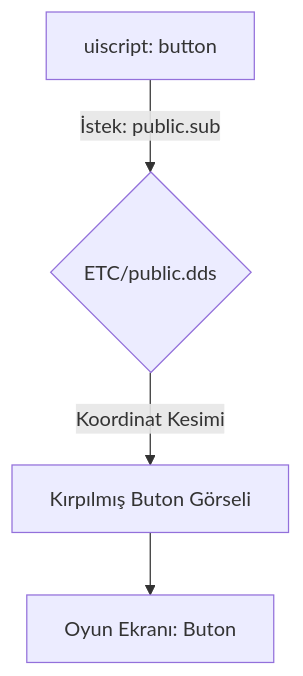
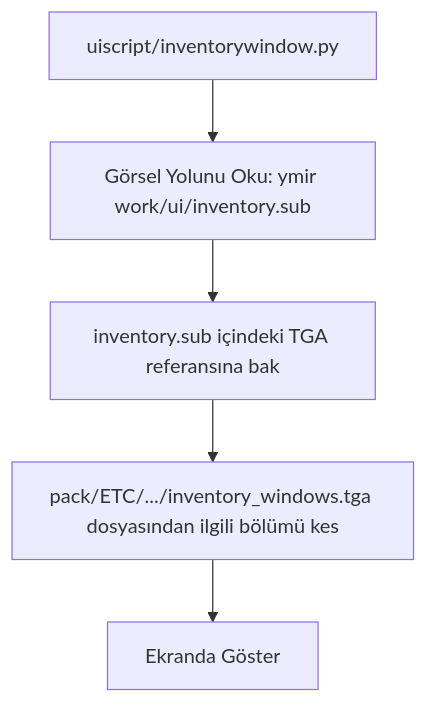
The diagram in assets/ETC/skills.md (Engin622/Metin2-Pack-Agent-Skills), drawn with Mermaid before and after one commit. The commit also changed other lines of this file and 6 other files, not shown here.

Commit message:
Documentation update: Pack Asset folders (Effect, ETC, Map_Environment, NPC_and_Monster, PC_and_PC2, Sound_and_BGM, Locale)

````diff
--- a/assets/ETC/skills.md
+++ b/assets/ETC/skills.md
@@ -35,6 +31,7 @@
 ```mermaid
 graph TD
-    A[uiscript: button] -- İstek: public.sub --> B{ETC/public.dds}
-    B -- Koordinat Kesimi --> C[Kırpılmış Buton Görseli]
-    C --> D[Oyun Ekranı: Buton]
+    A[uiscript/inventorywindow.py] --> B[Görsel Yolunu Oku: ymir work/ui/inventory.sub]
+    B --> C[inventory.sub içindeki TGA referansına bak]
+    C --> D[pack/ETC/.../inventory_windows.tga dosyasından ilgili bölümü kes]
+    D --> E[Ekranda Göster]
 ```
````
